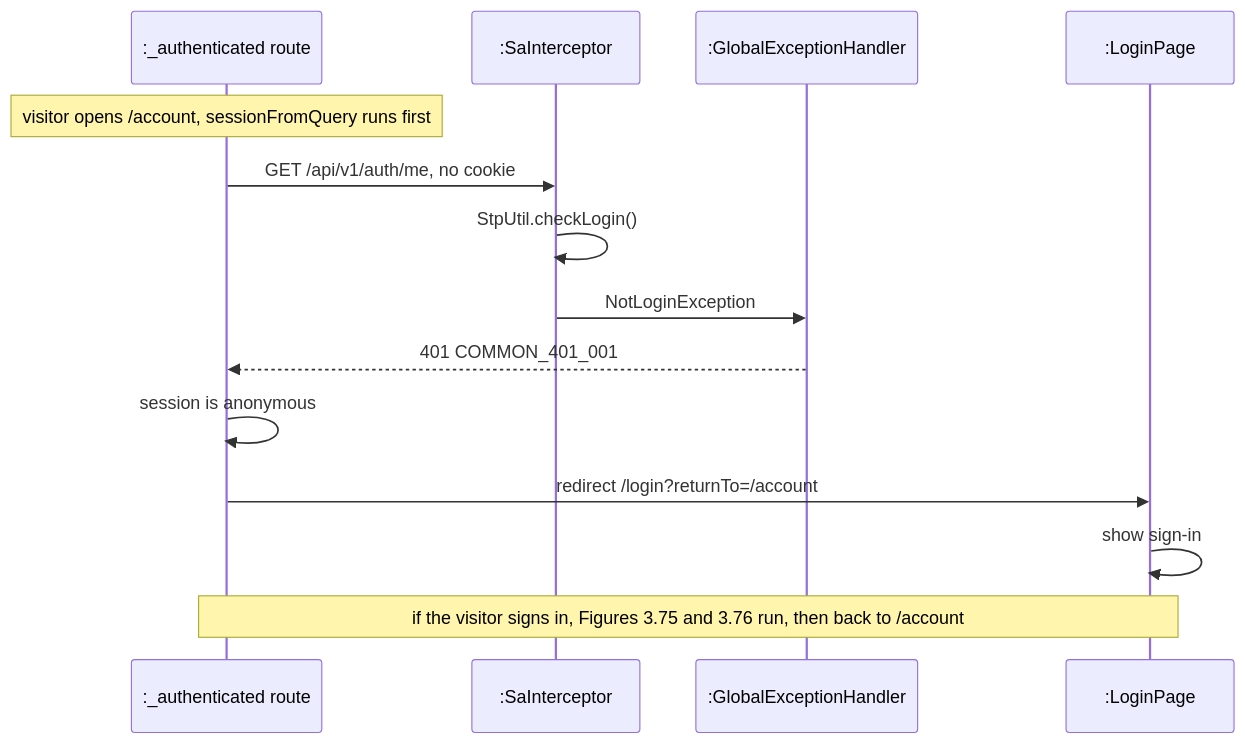
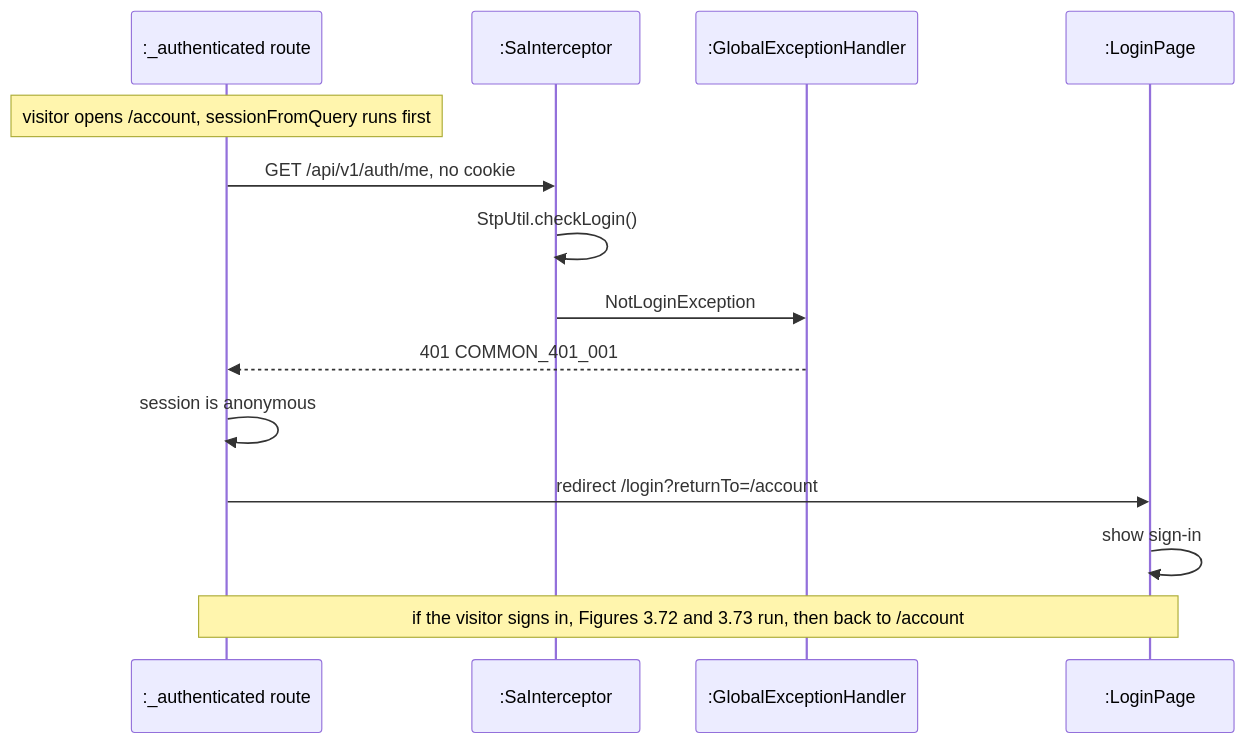
Before and after one commit to PPsyrius/iss-groupbuy-team8: diagram 18 of 18 in docs/swe5006/report/sections/03-4-3-pan.md, drawn with Mermaid. The commit also changed other lines of this file and 19 other files, not shown here.

````diff
--- a/docs/swe5006/report/sections/03-4-3-pan.md
+++ b/docs/swe5006/report/sections/03-4-3-pan.md
@@ -724,16 +724,16 @@
 ```mermaid
 sequenceDiagram
     participant G as :_authenticated route
     participant SI as :SaInterceptor
     participant EH as :GlobalExceptionHandler
     participant LP as :LoginPage
     Note over G: visitor opens /account, sessionFromQuery runs first
     G->>SI: GET /api/v1/auth/me, no cookie
     SI->>SI: StpUtil.checkLogin()
     SI->>EH: NotLoginException
     EH-->>G: 401 COMMON_401_001
     G->>G: session is anonymous
     G->>LP: redirect /login?returnTo=/account
     LP->>LP: show sign-in
-    Note over G,LP: if the visitor signs in, Figures 3.75 and 3.76 run, then back to /account
+    Note over G,LP: if the visitor signs in, Figures 3.72 and 3.73 run, then back to /account
 ```
````
